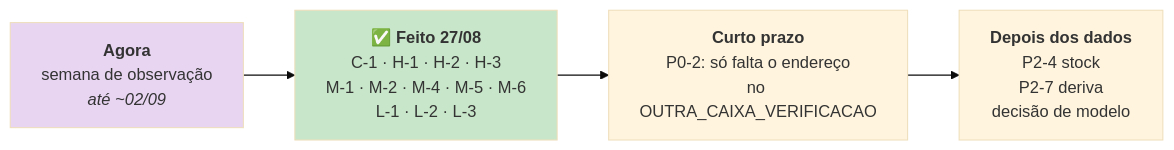
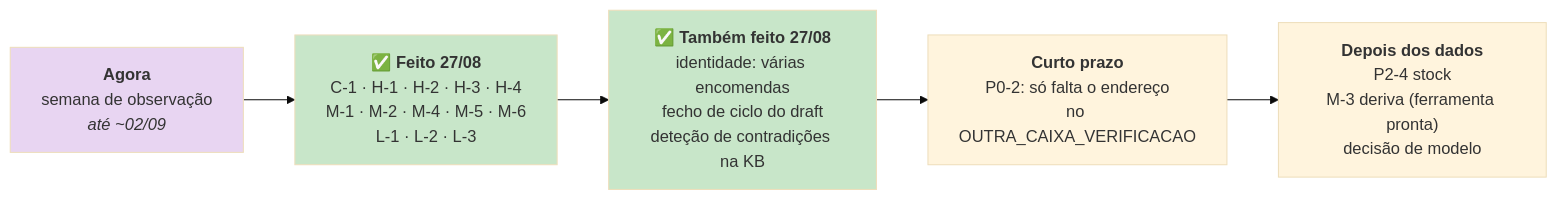
Before and after one commit to joaocarvalhini/Outlook-Reply-Assistant: the third of 3 diagrams in docs/07-roadmap/improvements.md, drawn with Mermaid (base theme). The commit also changed other lines of this file and 18 other files, not shown here.

First line of the commit message:
feat: fecha o ciclo do draft, corrige escalação prematura e um crash de lote

````diff
--- a/docs/07-roadmap/improvements.md
+++ b/docs/07-roadmap/improvements.md
@@ -161,9 +185,11 @@
 ```mermaid
 flowchart LR
-    A["<b>Agora</b><br/>semana de observação<br/><i>até ~02/09</i>"] --> B["<b>✅ Feito 27/08</b><br/>C-1 · H-1 · H-2 · H-3<br/>M-1 · M-2 · M-4 · M-5 · M-6<br/>L-1 · L-2 · L-3"]
-    B --> C["<b>Curto prazo</b><br/>P0-2: só falta o endereço<br/>no OUTRA_CAIXA_VERIFICACAO"]
-    C --> D["<b>Depois dos dados</b><br/>P2-4 stock<br/>P2-7 deriva<br/>decisão de modelo"]
+    A["<b>Agora</b><br/>semana de observação<br/><i>até ~02/09</i>"] --> B["<b>✅ Feito 27/08</b><br/>C-1 · H-1 · H-2 · H-3 · H-4<br/>M-1 · M-2 · M-4 · M-5 · M-6<br/>L-1 · L-2 · L-3"]
+    B --> E["<b>✅ Também feito 27/08</b><br/>identidade: várias encomendas<br/>fecho de ciclo do draft<br/>deteção de contradições na KB"]
+    E --> C["<b>Curto prazo</b><br/>P0-2: só falta o endereço<br/>no OUTRA_CAIXA_VERIFICACAO"]
+    C --> D["<b>Depois dos dados</b><br/>P2-4 stock<br/>M-3 deriva (ferramenta pronta)<br/>decisão de modelo"]
 
     style A fill:#e8d5f2
     style B fill:#c8e6c9
+    style E fill:#c8e6c9
 ```
````
